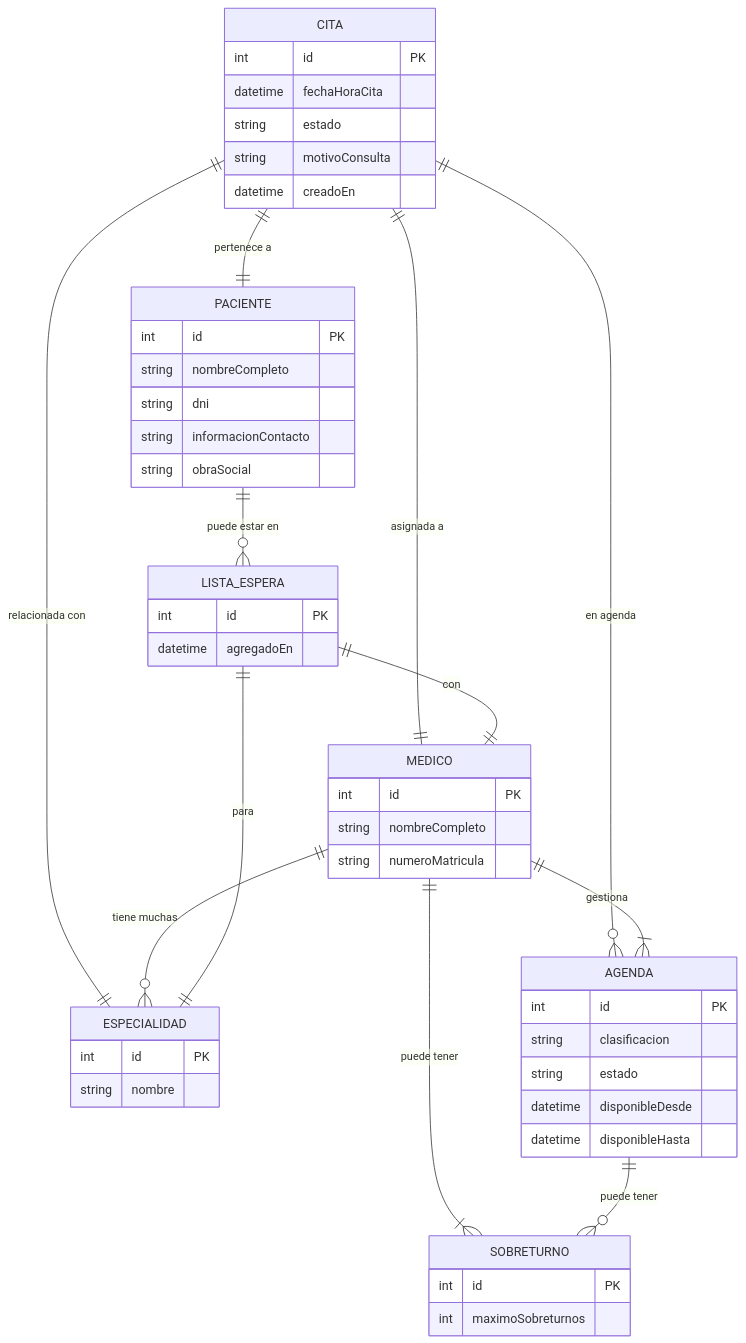
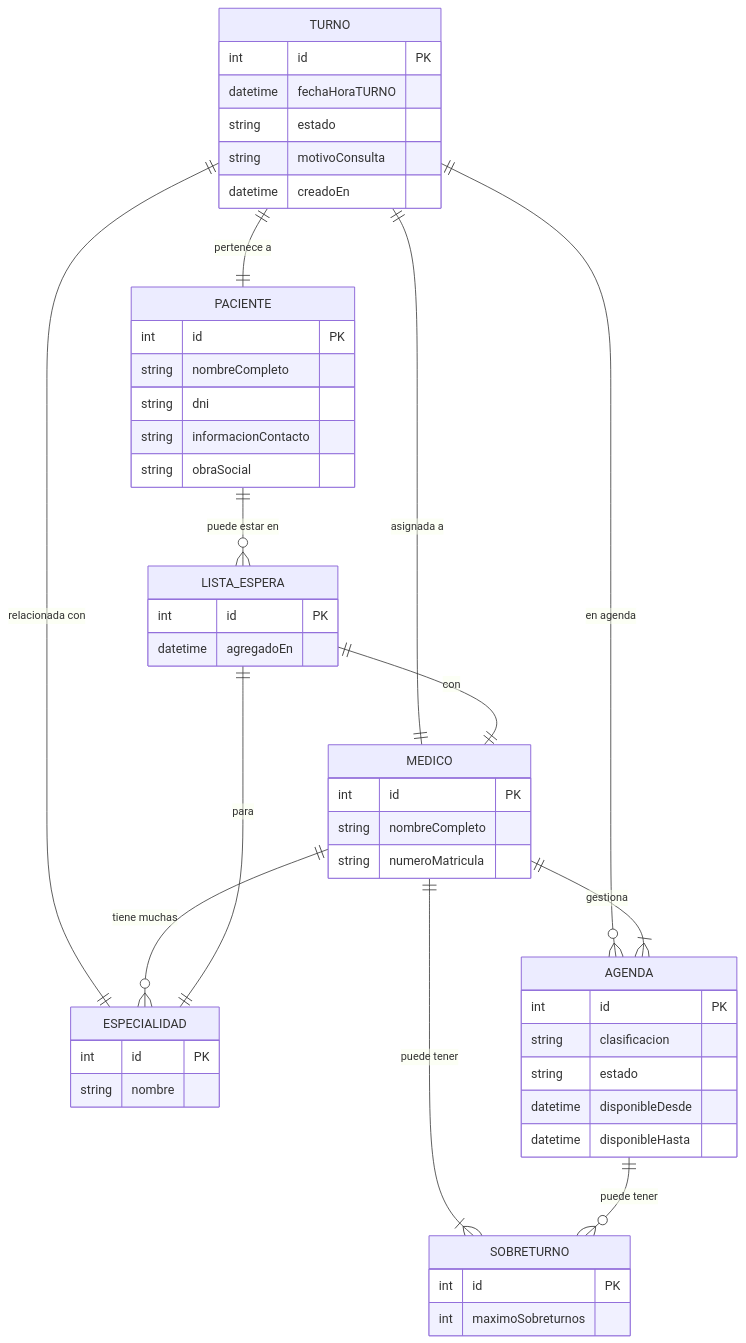
Before and after one commit to adamulp/lab2-integrador-jofre-rigg: the diagram in base_de_datos/diagrama_er.md, drawn with Mermaid.

````diff
--- a/base_de_datos/diagrama_er.md
+++ b/base_de_datos/diagrama_er.md
@@ -1,64 +1,64 @@
 ```mermaid
 erDiagram
     PACIENTE {
         int id PK
         string nombreCompleto
         string dni
         string informacionContacto
         string obraSocial
     }
 
     MEDICO {
         int id PK
         string nombreCompleto
         string numeroMatricula
     }
 
     ESPECIALIDAD {
         int id PK
         string nombre
     }
 
-    CITA {
+    TURNO {
         int id PK
-        datetime fechaHoraCita
+        datetime fechaHoraTURNO
         string estado
         string motivoConsulta
         datetime creadoEn
     }
 
     LISTA_ESPERA {
         int id PK
         datetime agregadoEn
     }
 
     AGENDA {
         int id PK
         string clasificacion
         string estado
         datetime disponibleDesde
         datetime disponibleHasta
     }
 
     SOBRETURNO {
         int id PK
         int maximoSobreturnos
     }
 
-    CITA ||--|| PACIENTE : "pertenece a"
-    CITA ||--|| MEDICO : "asignada a"
-    CITA ||--|| ESPECIALIDAD : "relacionada con"
-    CITA ||--o{ AGENDA : "en agenda"
+    TURNO ||--|| PACIENTE : "pertenece a"
+    TURNO ||--|| MEDICO : "asignada a"
+    TURNO ||--|| ESPECIALIDAD : "relacionada con"
+    TURNO ||--o{ AGENDA : "en agenda"
 
     MEDICO ||--o{ ESPECIALIDAD : "tiene muchas"
     MEDICO ||--|{ AGENDA : "gestiona"
     MEDICO ||--|{ SOBRETURNO : "puede tener"
 
     PACIENTE ||--o{ LISTA_ESPERA : "puede estar en"
     LISTA_ESPERA ||--|| ESPECIALIDAD : "para"
     LISTA_ESPERA ||--|| MEDICO : "con"
 
     AGENDA ||--o{ SOBRETURNO : "puede tener"
 
 
 ```
````
